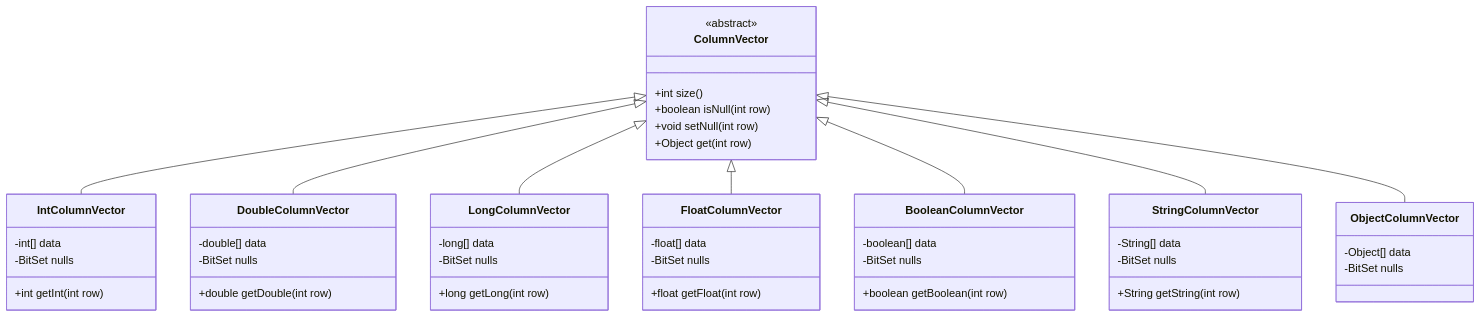
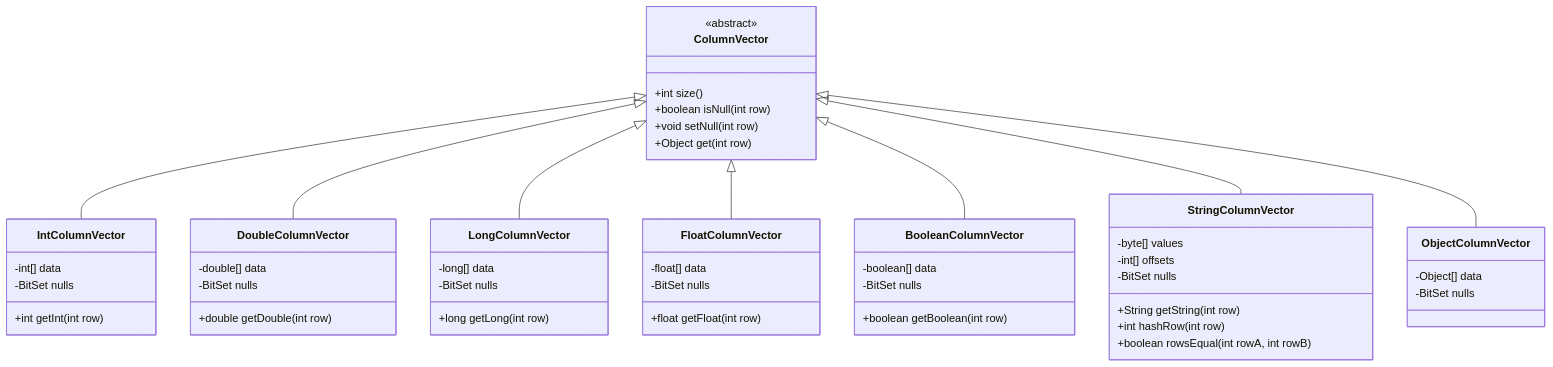
Before and after one commit to cupoftea-labs/cupoftea: the diagram in docs/core/columnar-engine.md, drawn with Mermaid. The commit also changed 20 other files, not shown here.

````diff
--- a/docs/core/columnar-engine.md
+++ b/docs/core/columnar-engine.md
@@ -14,59 +14,62 @@
 ```mermaid
 classDiagram
     class ColumnVector {
         <<abstract>>
         +int size()
         +boolean isNull(int row)
         +void setNull(int row)
         +Object get(int row)
     }
 
     class IntColumnVector {
         -int[] data
         -BitSet nulls
         +int getInt(int row)
     }
 
     class DoubleColumnVector {
         -double[] data
         -BitSet nulls
         +double getDouble(int row)
     }
 
     class LongColumnVector {
         -long[] data
         -BitSet nulls
         +long getLong(int row)
     }
 
     class FloatColumnVector {
         -float[] data
         -BitSet nulls
         +float getFloat(int row)
     }
 
     class BooleanColumnVector {
         -boolean[] data
         -BitSet nulls
         +boolean getBoolean(int row)
     }
 
     class StringColumnVector {
-        -String[] data
+        -byte[] values
+        -int[] offsets
         -BitSet nulls
         +String getString(int row)
+        +int hashRow(int row)
+        +boolean rowsEqual(int rowA, int rowB)
     }
 
     class ObjectColumnVector {
         -Object[] data
         -BitSet nulls
     }
 
     ColumnVector <|-- IntColumnVector
     ColumnVector <|-- DoubleColumnVector
     ColumnVector <|-- LongColumnVector
     ColumnVector <|-- FloatColumnVector
     ColumnVector <|-- BooleanColumnVector
     ColumnVector <|-- StringColumnVector
     ColumnVector <|-- ObjectColumnVector
 ```
````
